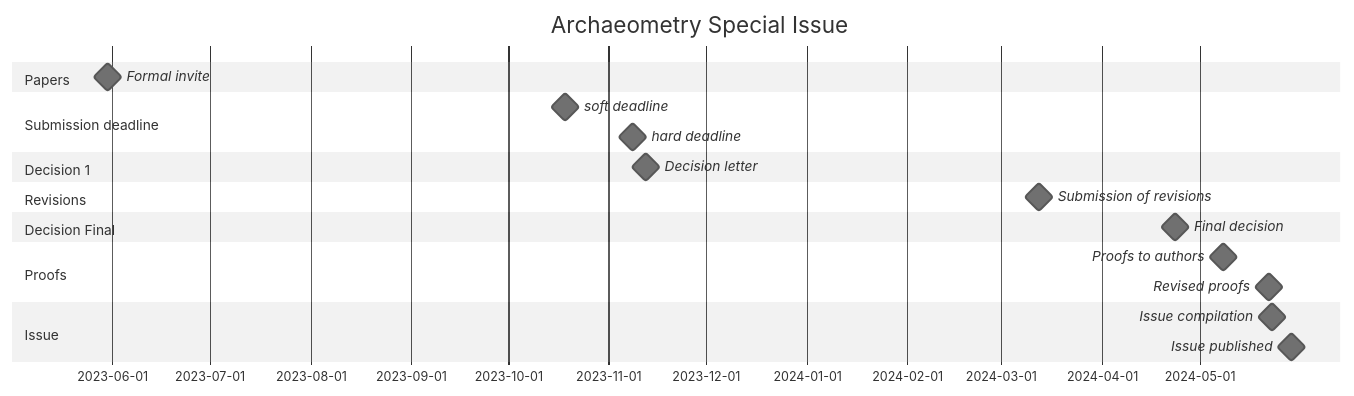
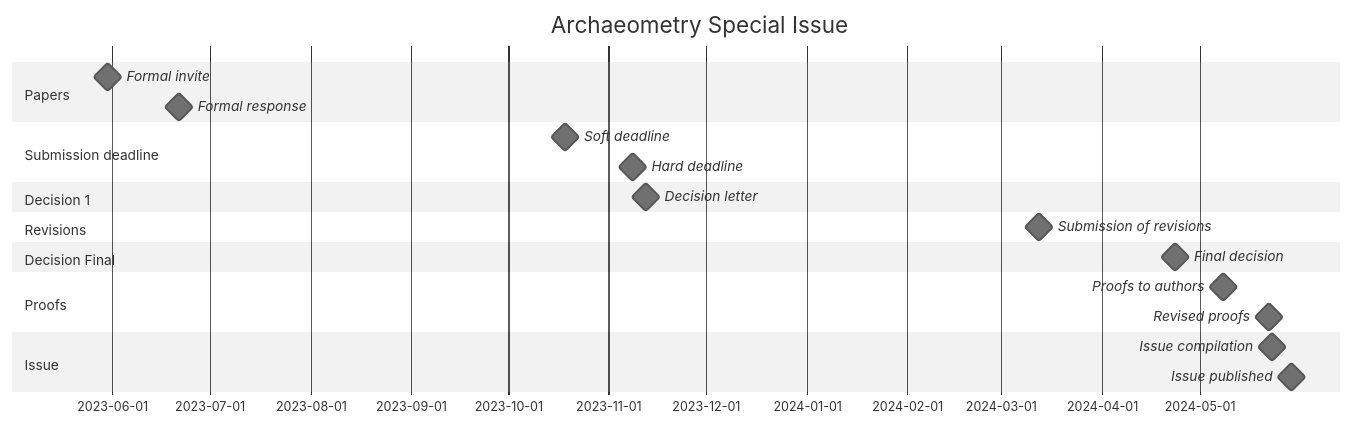
Before and after one commit to historical-time/caa-chrono-sig: the first of 2 diagrams in archaeometry-si/README.md, drawn with Mermaid (neutral theme). The commit also changed other lines of this file and 13 other files, not shown here.

````diff
--- a/archaeometry-si/README.md
+++ b/archaeometry-si/README.md
@@ -7,22 +7,23 @@
 ```mermaid
 gantt
     title Archaeometry Special Issue
     dateFormat  YYYY-MM-DD
     section Papers
     Formal invite              : milestone, m0, 2023-05-30, 1d
+    Formal response            : milestone, m0, 2023-06-21, 1d
     section Submission deadline
-    soft deadline            : milestone, m1, 2023-10-18, 1d
-    hard deadline            : milestone, m1, 2023-11-08, 1d
+    Soft deadline            : milestone, m1, 2023-10-18, 1d
+    Hard deadline            : milestone, m1, 2023-11-08, 1d
     section Decision 1
     Decision letter          : milestone, m1, 2023-11-12, 1d
     section Revisions
     Submission of revisions	 : milestone, m1, 2024-03-12, 1d
     section Decision Final
     Final decision           : milestone, m2, 2024-04-23, 1d
     section Proofs
     Proofs to authors        : milestone, m2, 2024-05-08, 1d
     Revised proofs           : milestone, m2, 2024-05-22, 1d
     section Issue
     Issue compilation        : milestone, m2, 2024-05-23, 1d
     Issue published          : milestone, m2, 2024-05-29, 1d
 ```
````
